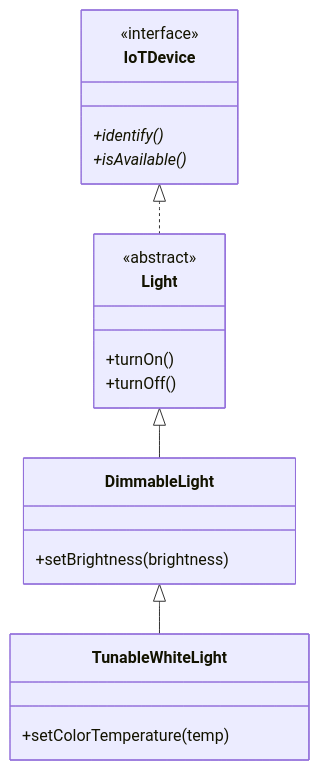
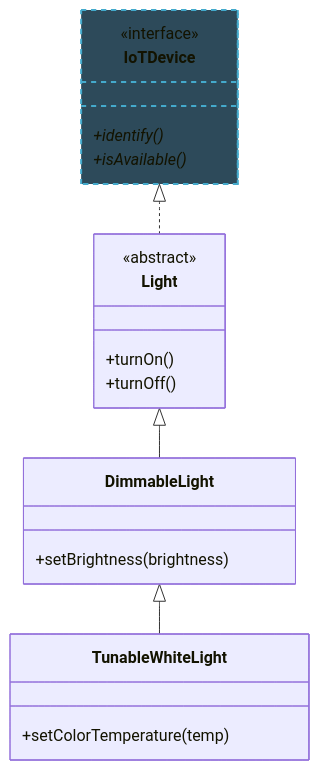
The first of 3 diagrams in lecture-slides/l3-more-java.mdx (neu-pdi/cs3100-public-resources), drawn with Mermaid before and after one commit. The commit also changed other lines of this file and 2 other files, not shown here.

````diff
--- a/lecture-slides/l3-more-java.mdx
+++ b/lecture-slides/l3-more-java.mdx
@@ -102,24 +102,24 @@
 ```mermaid
 classDiagram
     class IoTDevice {
         <<interface>>
         +identify()*
         +isAvailable()*
     }
     class Light {
         <<abstract>>
         +turnOn()
         +turnOff()
     }
     class DimmableLight {
         +setBrightness(brightness)
     }
     class TunableWhiteLight {
         +setColorTemperature(temp)
     }
     IoTDevice <|.. Light
     Light <|-- DimmableLight
     DimmableLight <|-- TunableWhiteLight
 
-    style IotDevice fill:#2d4a5a,stroke:#4ac,stroke-width:2px,stroke-dasharray: 5 5
+    style IoTDevice fill:#2d4a5a,stroke:#4ac,stroke-width:2px,stroke-dasharray: 5 5
 ```
````
